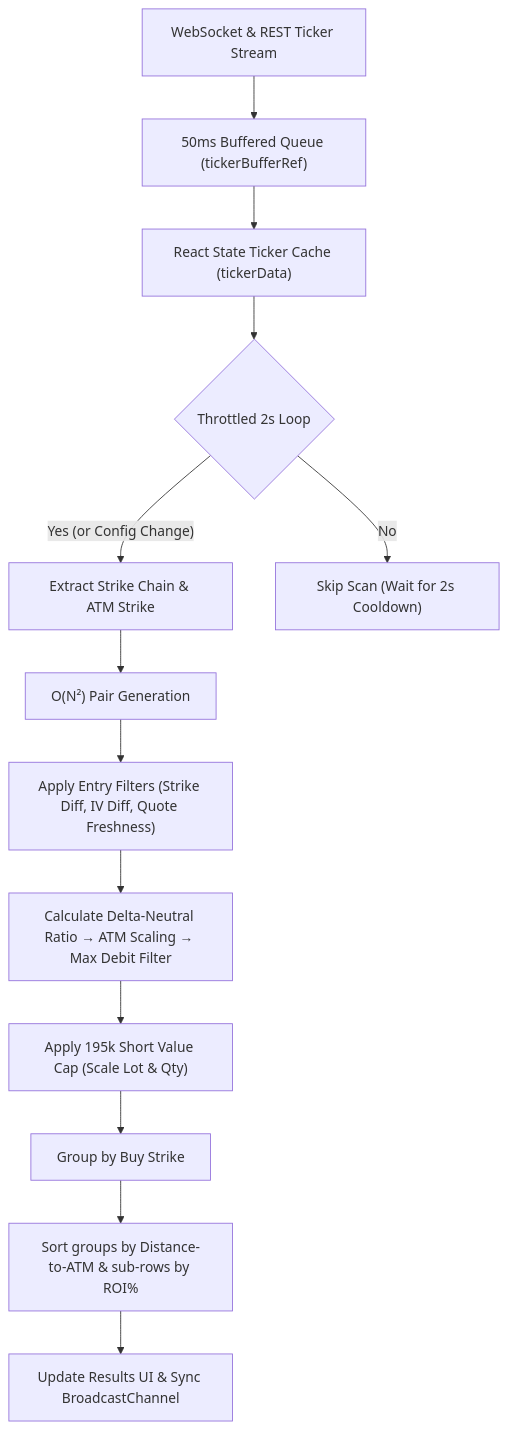
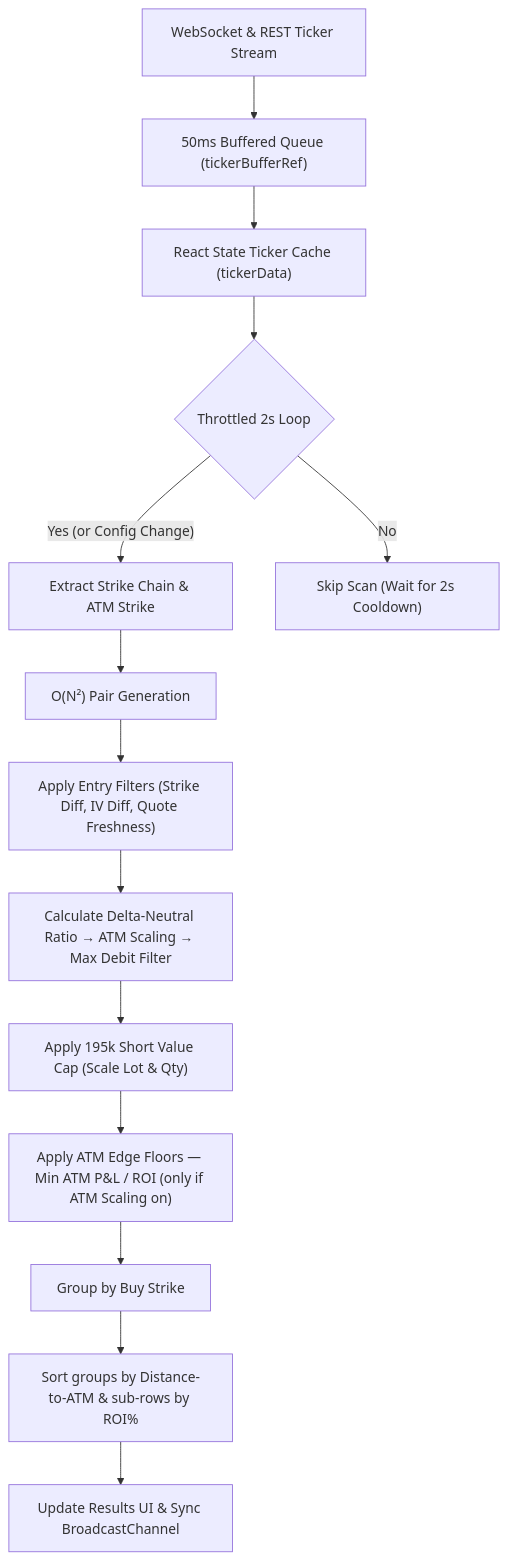
The diagram in docs/ratio_spread_explained.md (Vitti-Capital-Tech/Option_Scope), drawn with Mermaid before and after one commit. The commit also changed other lines of this file and 2 other files, not shown here.

````diff
--- a/docs/ratio_spread_explained.md
+++ b/docs/ratio_spread_explained.md
@@ -198,17 +215,18 @@
 ```mermaid
 flowchart TD
     A["WebSocket & REST Ticker Stream"] --> B["50ms Buffered Queue (tickerBufferRef)"]
     B --> C["React State Ticker Cache (tickerData)"]
     C --> D{"Throttled 2s Loop"}
     
     D -->|"Yes (or Config Change)"| E["Extract Strike Chain & ATM Strike"]
     D -->|"No"| F["Skip Scan (Wait for 2s Cooldown)"]
     
     E --> G["O(N²) Pair Generation"]
     G --> H["Apply Entry Filters (Strike Diff, IV Diff, Quote Freshness)"]
     H --> I["Calculate Delta-Neutral Ratio → ATM Scaling → Max Debit Filter"]
     I --> J["Apply 195k Short Value Cap (Scale Lot & Qty)"]
-    J --> K["Group by Buy Strike"]
+    J --> JF["Apply ATM Edge Floors — Min ATM P&L / ROI (only if ATM Scaling on)"]
+    JF --> K["Group by Buy Strike"]
     K --> L["Sort groups by Distance-to-ATM & sub-rows by ROI%"]
     L --> M["Update Results UI & Sync BroadcastChannel"]
 ```
````
